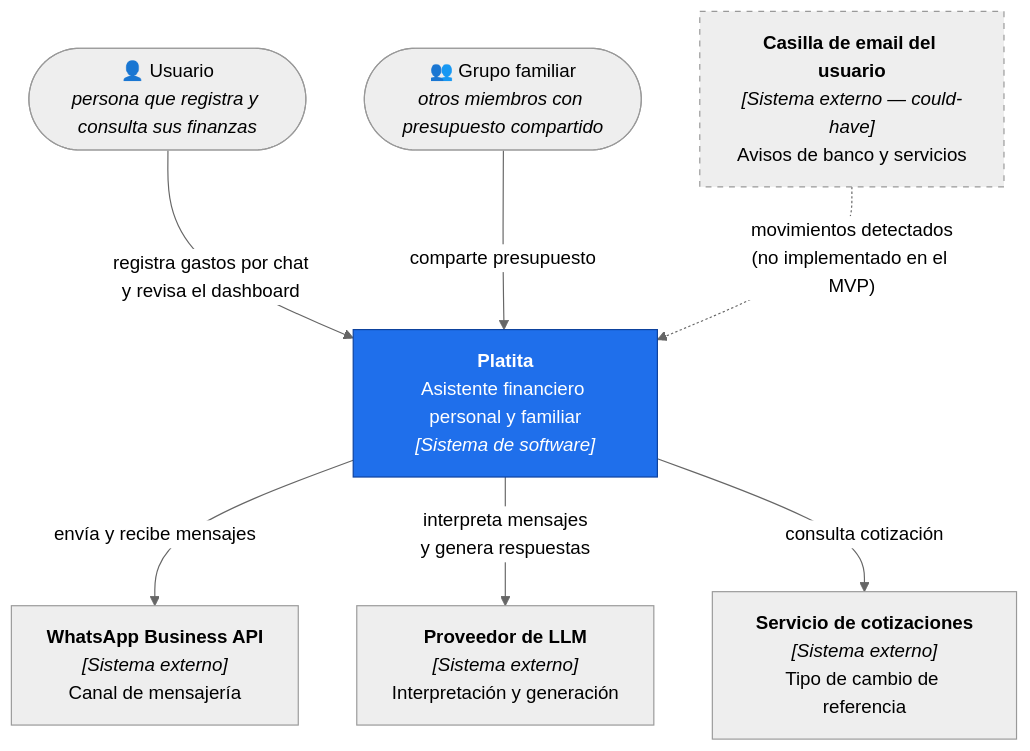
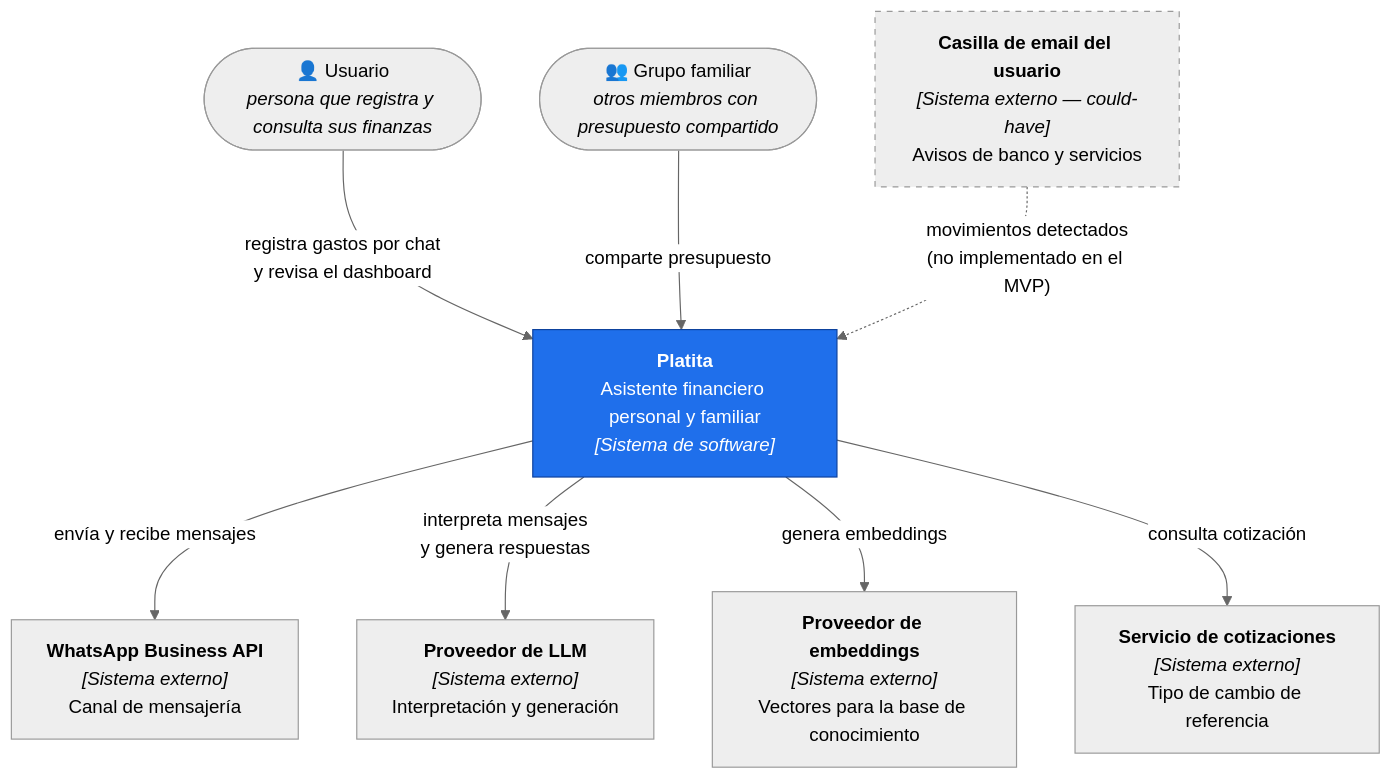
One commit to verozacarias-prog/AI4Devs-finalproject changed the first of 4 diagrams in docs/02-arquitectura.md. Above: the diagram before and after it, drawn with Mermaid (neutral theme). The commit also changed other lines of this file and 25 other files, not shown here.

````diff
--- a/docs/02-arquitectura.md
+++ b/docs/02-arquitectura.md
@@ -11,22 +11,24 @@
 ```mermaid
 flowchart TB
     USER(["👤 Usuario<br/><i>persona que registra y consulta sus finanzas</i>"])
     FAMILY(["👥 Grupo familiar<br/><i>otros miembros con presupuesto compartido</i>"])
 
     PLATITA["<b>Platita</b><br/>Asistente financiero personal y familiar<br/><i>[Sistema de software]</i>"]
 
     WACLOUD["<b>WhatsApp Business API</b><br/><i>[Sistema externo]</i><br/>Canal de mensajería"]
     LLM["<b>Proveedor de LLM</b><br/><i>[Sistema externo]</i><br/>Interpretación y generación"]
+    EMB["<b>Proveedor de embeddings</b><br/><i>[Sistema externo]</i><br/>Vectores para la base de conocimiento"]
     FX["<b>Servicio de cotizaciones</b><br/><i>[Sistema externo]</i><br/>Tipo de cambio de referencia"]
     MAILBOX["<b>Casilla de email del usuario</b><br/><i>[Sistema externo — could-have]</i><br/>Avisos de banco y servicios"]
 
     USER -->|"registra gastos por chat<br/>y revisa el dashboard"| PLATITA
     FAMILY -->|"comparte presupuesto"| PLATITA
     PLATITA -->|"envía y recibe mensajes"| WACLOUD
     PLATITA -->|"interpreta mensajes<br/>y genera respuestas"| LLM
+    PLATITA -->|"genera embeddings"| EMB
     PLATITA -->|"consulta cotización"| FX
     MAILBOX -.->|"movimientos detectados<br/>(no implementado en el MVP)"| PLATITA
 
     style PLATITA fill:#1f6feb,stroke:#0d419d,color:#fff
     style MAILBOX stroke-dasharray: 5 5
 ```
````
